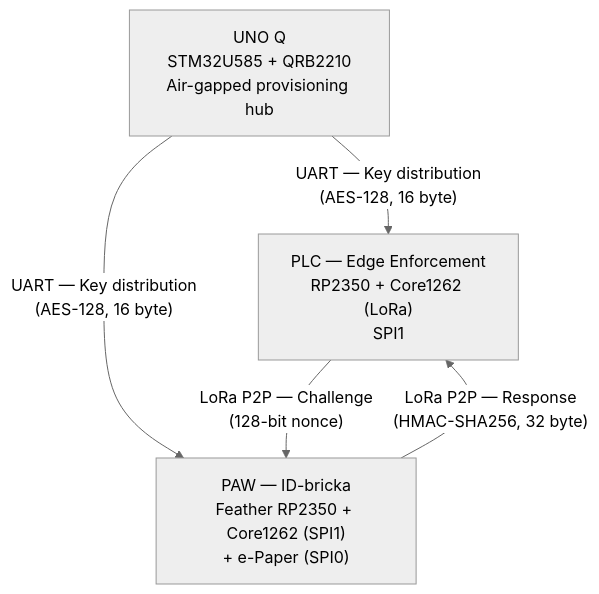
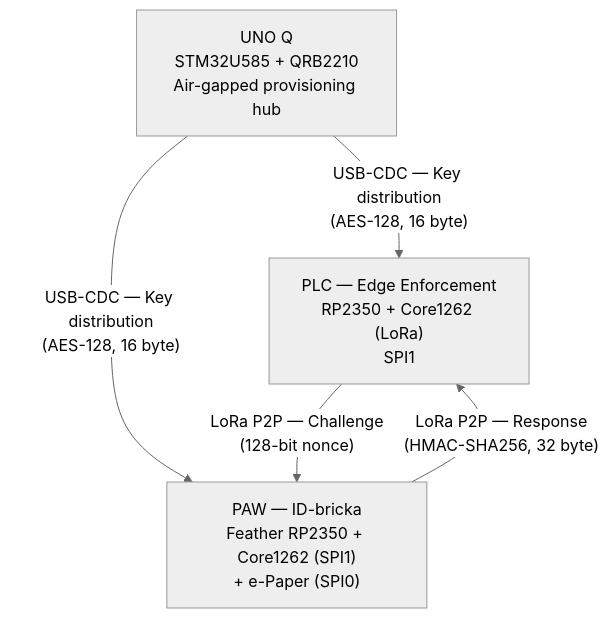
Before and after one commit to Tripl321/yh-contact-auth-projektarbete: the first of 5 diagrams in docs/02-arkitektur.md, drawn with Mermaid (neutral theme). The commit also changed other lines of this file and 5 other files, not shown here.

````diff
--- a/docs/02-arkitektur.md
+++ b/docs/02-arkitektur.md
@@ -29,11 +29,11 @@
 ```mermaid
 graph TB
     UNOQ["UNO Q<br/>STM32U585 + QRB2210<br/>Air-gapped provisioning hub"]
     PLC["PLC — Edge Enforcement<br/>RP2350 + Core1262 (LoRa)<br/>SPI1"]
     PAW["PAW — ID-bricka<br/>Feather RP2350 + Core1262 (SPI1)<br/>+ e-Paper (SPI0)"]
 
-    UNOQ -->|"UART — Key distribution<br/>(AES-128, 16 byte)"| PLC
-    UNOQ -->|"UART — Key distribution<br/>(AES-128, 16 byte)"| PAW
+    UNOQ -->|"USB-CDC — Key distribution<br/>(AES-128, 16 byte)"| PLC
+    UNOQ -->|"USB-CDC — Key distribution<br/>(AES-128, 16 byte)"| PAW
     PLC -->|"LoRa P2P — Challenge<br/>(128-bit nonce)"| PAW
     PAW -->|"LoRa P2P — Response<br/>(HMAC-SHA256, 32 byte)"| PLC
 ```
````
